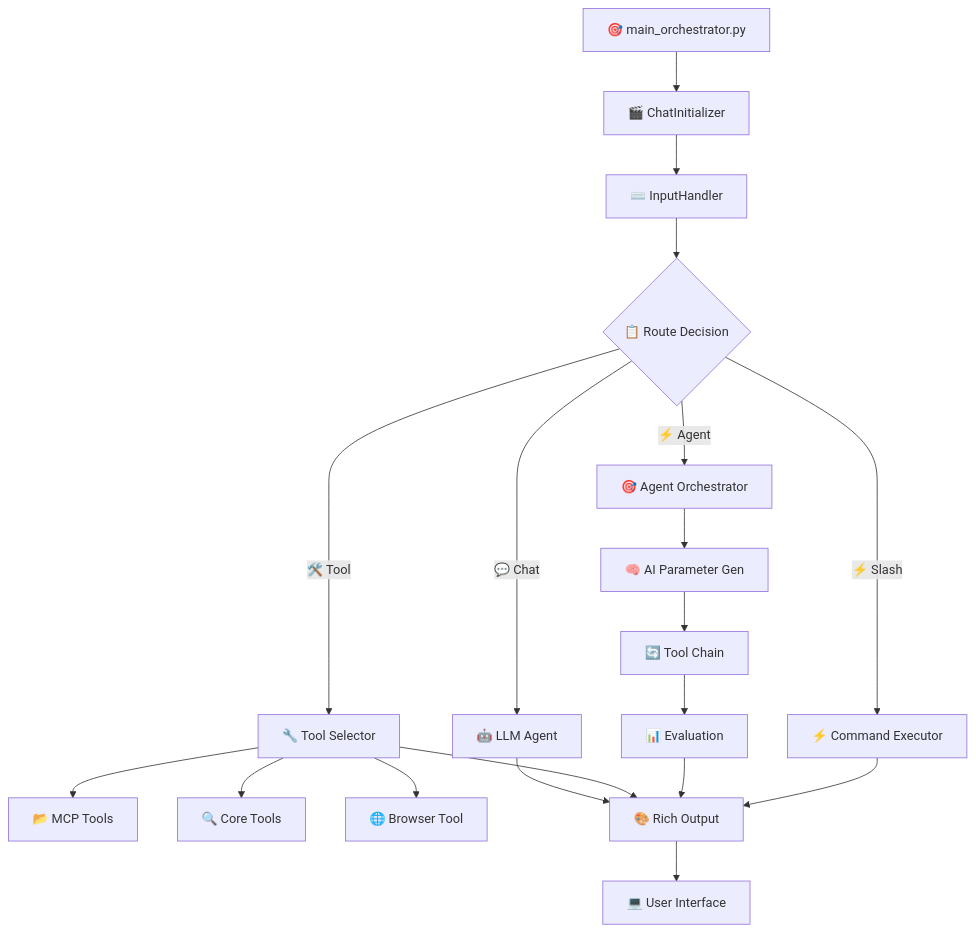
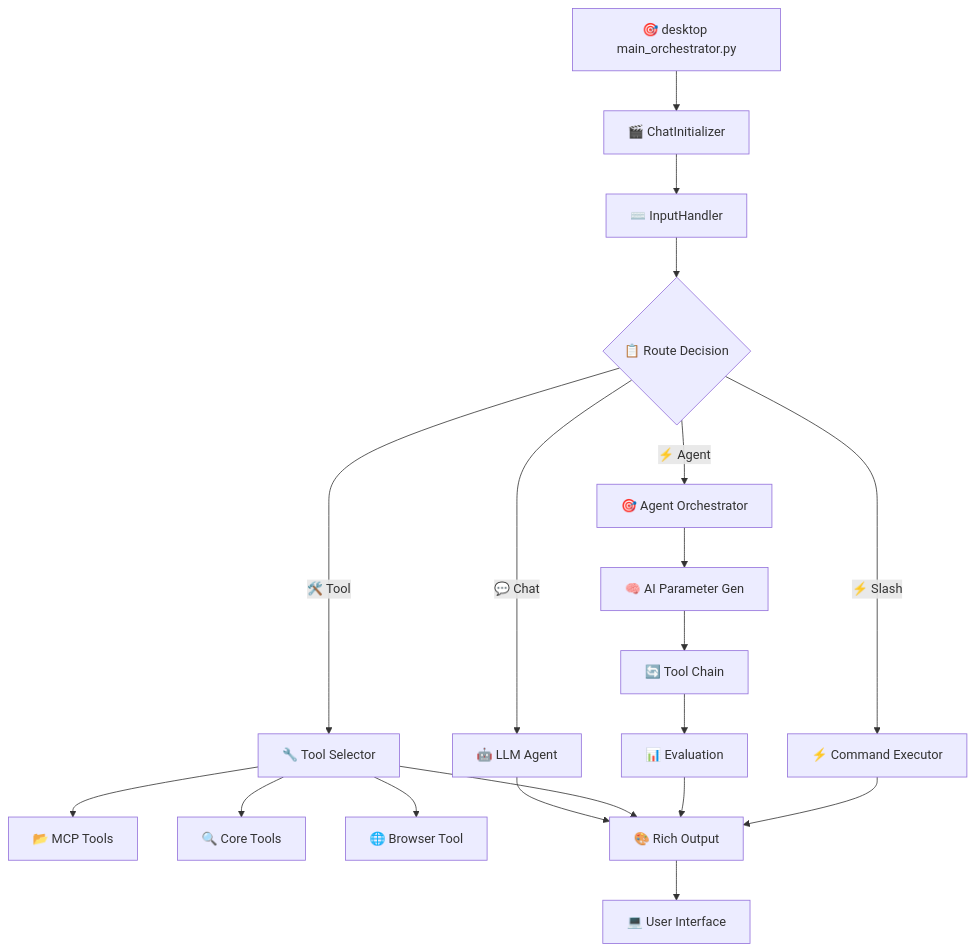
The first of 2 diagrams in README.md (PIRATE-E/ai-workflow-task-agent), drawn with Mermaid before and after one commit. The commit also changed other lines of this file and 22 other files, not shown here.

````diff
--- a/README.md
+++ b/README.md
@@ -452,26 +546,26 @@
 ```mermaid
 graph TD
-    A[🎯 main_orchestrator.py] --> B[🎬 ChatInitializer]
+    A[🎯 desktop main_orchestrator.py] --> B[🎬 ChatInitializer]
     B --> C[⌨️ InputHandler]
     C --> D{📋 Route Decision}
-    
+
     D -->|💬 Chat| E[🤖 LLM Agent]
     D -->|🛠️ Tool| F[🔧 Tool Selector]
     D -->|⚡ Agent| G[🎯 Agent Orchestrator]
     D -->|⚡ Slash| H[⚡ Command Executor]
-    
+
     F --> I[📂 MCP Tools]
     F --> J[🔍 Core Tools]
     F --> K[🌐 Browser Tool]
-    
+
     G --> L[🧠 AI Parameter Gen]
     L --> M[🔄 Tool Chain]
     M --> N[📊 Evaluation]
-    
+
     E --> O[🎨 Rich Output]
     F --> O
     N --> O
     H --> O
-    
+
     O --> P[💻 User Interface]
 ```
````
